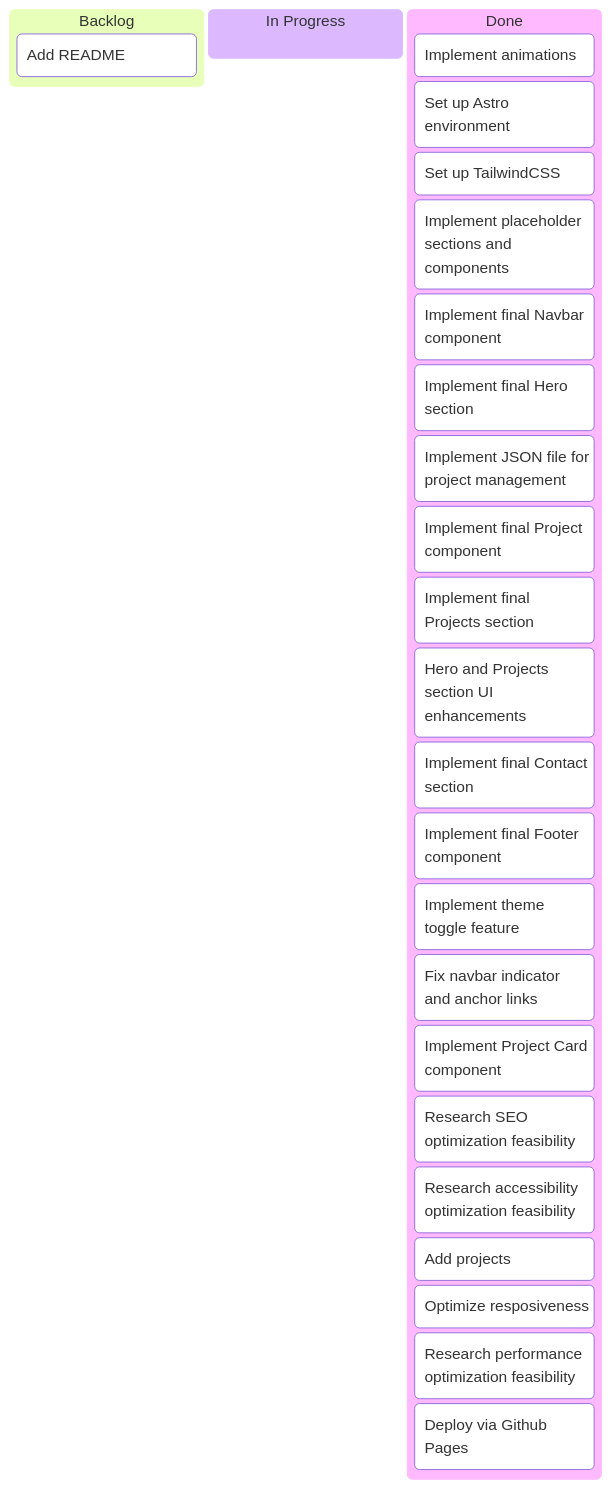
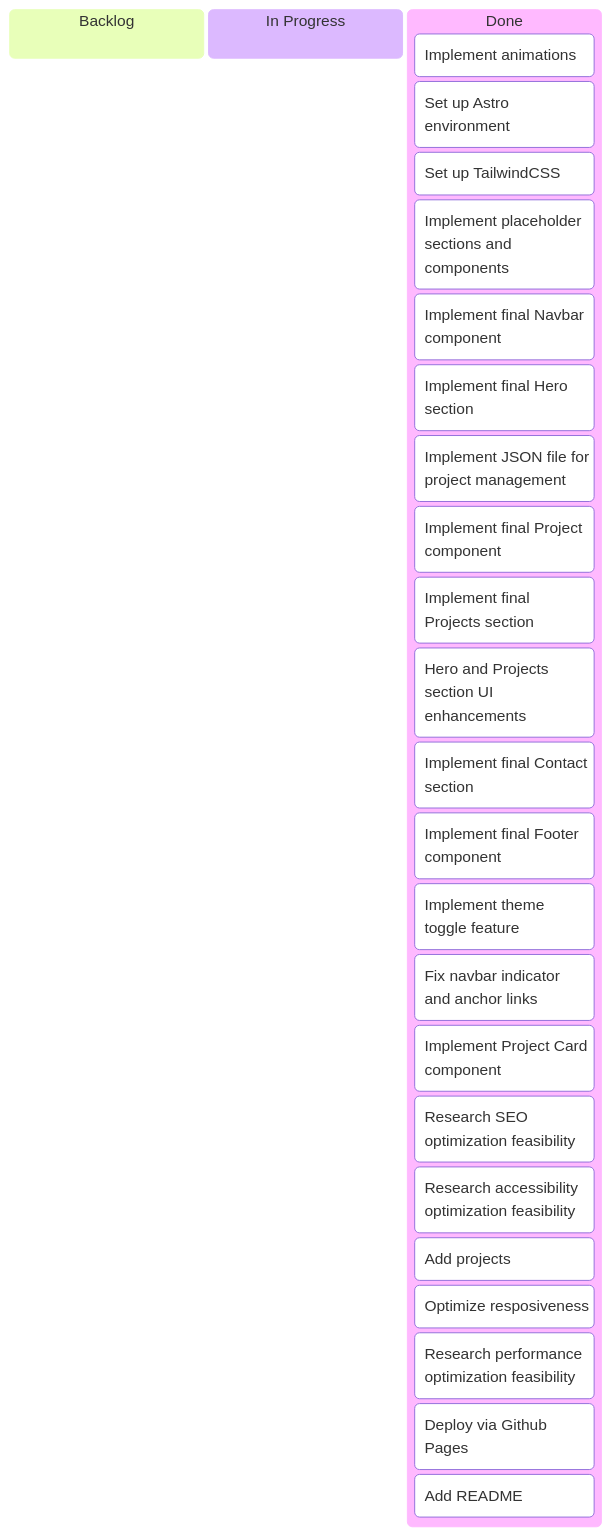
Before and after one commit to CantarinoG/portfolio: the diagram in docs/kanban.md, drawn with Mermaid. The commit also changed 1 other file, not shown here.

````diff
--- a/docs/kanban.md
+++ b/docs/kanban.md
@@ -1,28 +1,28 @@
 ```mermaid
 kanban
   stage1[Backlog]
-    card29[Add README]
   stage2[In Progress]
   stage3[Done]
     card16[Implement animations]
     card1[Set up Astro environment]
     card24[Set up TailwindCSS]
     card5[Implement placeholder sections and components]
     card6[Implement final Navbar component]
     card7[Implement final Hero section]
     card22[Implement JSON file for project management]
     card8[Implement final Project component]
     card11[Implement final Projects section]
     card26[Hero and Projects section UI enhancements]
     card12[Implement final Contact section]
     card14[Implement final Footer component]
     card15[Implement theme toggle feature]
     card28[Fix navbar indicator and anchor links]
     card27[Implement Project Card component]
     card17[Research SEO optimization feasibility]
     card19[Research accessibility optimization feasibility]
     card25[Add projects]
-    card23[Optimize resposiveness]
+     card23[Optimize resposiveness]
     card18[Research performance optimization feasibility]
     card20[Deploy via Github Pages]
+    card29[Add README]
 ```
````
